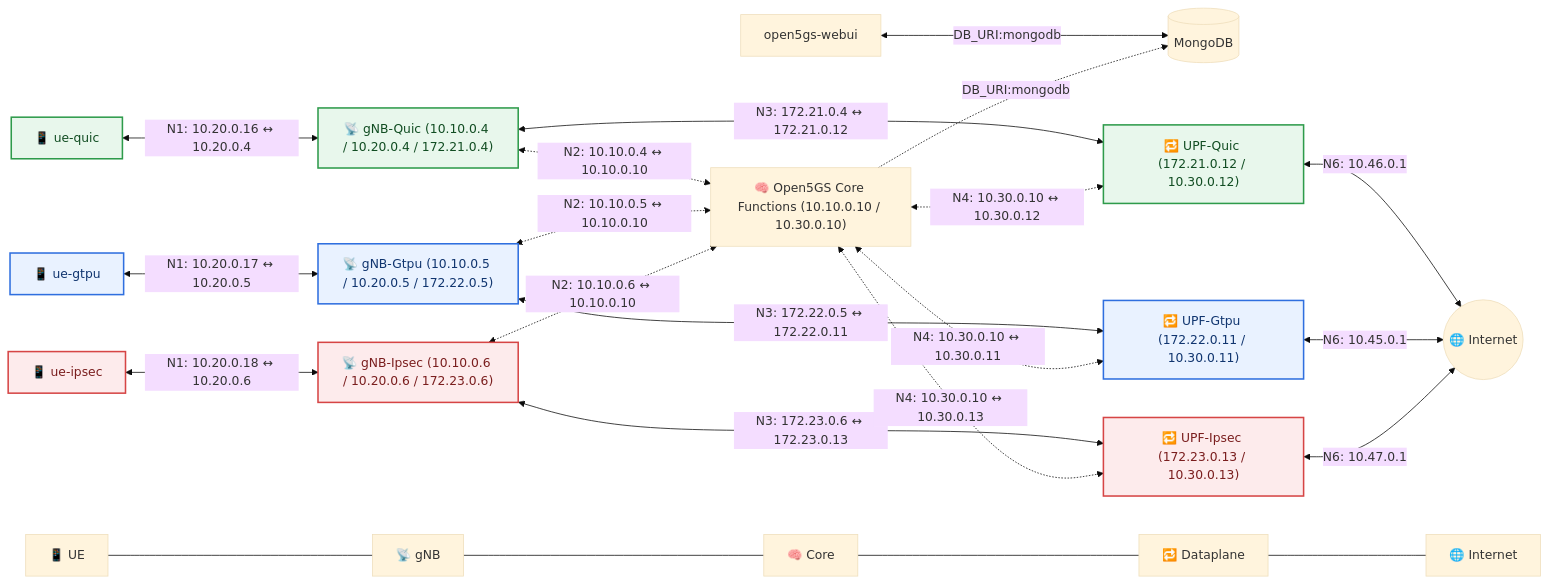
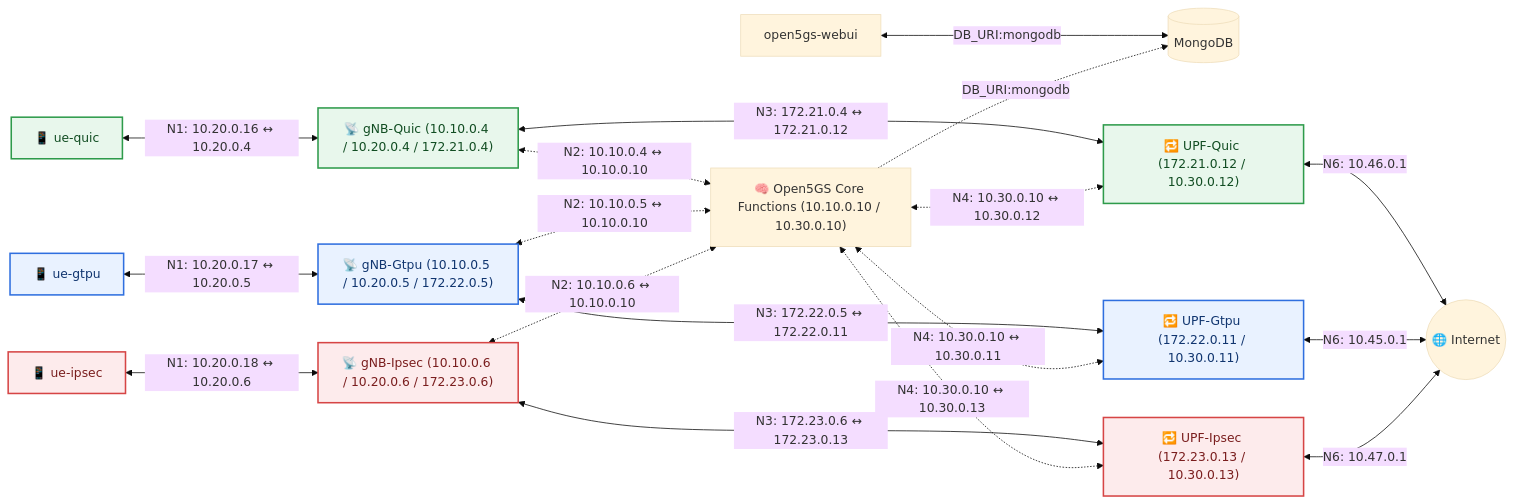
Before and after one commit to wenkey-gm/quicup-evaluation: the diagram in README.md, drawn with Mermaid (base theme). The commit also changed other lines of this file, not shown here.

````diff
--- a/README.md
+++ b/README.md
@@ -240,58 +274,50 @@
 ```mermaid
 flowchart LR
-
     classDef quic fill:#E8F7EC,stroke:#2E9B4B,stroke-width:2px,color:#114D22;
     classDef gtpu fill:#E9F2FF,stroke:#2F6FDF,stroke-width:2px,color:#10356F;
     classDef ipsec fill:#FDEBEC,stroke:#D64545,stroke-width:2px,color:#7A1E1E;
 
     Internet(("🌐 Internet"))
 
     UE_q["📱 ue-quic"]
     UE_g["📱 ue-gtpu"]
     UE_i["📱 ue-ipsec"]
 
     gNB_Q["📡 gNB-Quic (10.10.0.4 / 10.20.0.4 / 172.21.0.4)"]
     gNB_G["📡 gNB-Gtpu (10.10.0.5 / 10.20.0.5 / 172.22.0.5)"]
     gNB_I["📡 gNB-Ipsec (10.10.0.6 / 10.20.0.6 / 172.23.0.6)"]
 
     AMF_SMF["🧠 Open5GS Core Functions (10.10.0.10 / 10.30.0.10)"]
     DB[(MongoDB)]
     WebUI[open5gs-webui]
     UPF_Q["🔁 UPF-Quic (172.21.0.12 / 10.30.0.12)"]
     UPF_G["🔁 UPF-Gtpu (172.22.0.11 / 10.30.0.11)"]
     UPF_I["🔁 UPF-Ipsec (172.23.0.13 / 10.30.0.13)"]
 
     UE_q <-- "N1: 10.20.0.16 ↔ 10.20.0.4" --> gNB_Q
     UE_g <-- "N1: 10.20.0.17 ↔ 10.20.0.5" --> gNB_G
     UE_i <-- "N1: 10.20.0.18 ↔ 10.20.0.6" --> gNB_I
 
     gNB_Q <-- "N3: 172.21.0.4 ↔ 172.21.0.12" --> UPF_Q
     gNB_G <-- "N3: 172.22.0.5 ↔ 172.22.0.11" --> UPF_G
     gNB_I <-- "N3: 172.23.0.6 ↔ 172.23.0.13" --> UPF_I
 
-    DB
-    WebUI
-
-
     WebUI <-- "DB_URI:mongodb" --> DB
     AMF_SMF -. "DB_URI:mongodb" .-> DB
 
     gNB_Q <-. "N2: 10.10.0.4 ↔ 10.10.0.10" .-> AMF_SMF
     gNB_G <-. "N2: 10.10.0.5 ↔ 10.10.0.10" .-> AMF_SMF
     gNB_I <-. "N2: 10.10.0.6 ↔ 10.10.0.10" .-> AMF_SMF
 
     AMF_SMF <-. "N4: 10.30.0.10 ↔ 10.30.0.12" .-> UPF_Q
     AMF_SMF <-. "N4: 10.30.0.10 ↔ 10.30.0.11" .-> UPF_G
     AMF_SMF <-. "N4: 10.30.0.10 ↔ 10.30.0.13" .-> UPF_I
 
     UPF_Q <-- "N6: 10.46.0.1" --> Internet
     UPF_G <-- "N6: 10.45.0.1" --> Internet
     UPF_I <-- "N6: 10.47.0.1" --> Internet
 
     class UE_q,gNB_Q,UPF_Q quic;
     class UE_g,gNB_G,UPF_G gtpu;
     class UE_i,gNB_I,UPF_I ipsec;
-
-    L_UE["📱 UE"] --- L_gNB["📡 gNB"] --- L_CORE["🧠 Core"] --- L_DP["🔁 Dataplane"] --- L_Internet["🌐 Internet"]
-    
 ```
````
